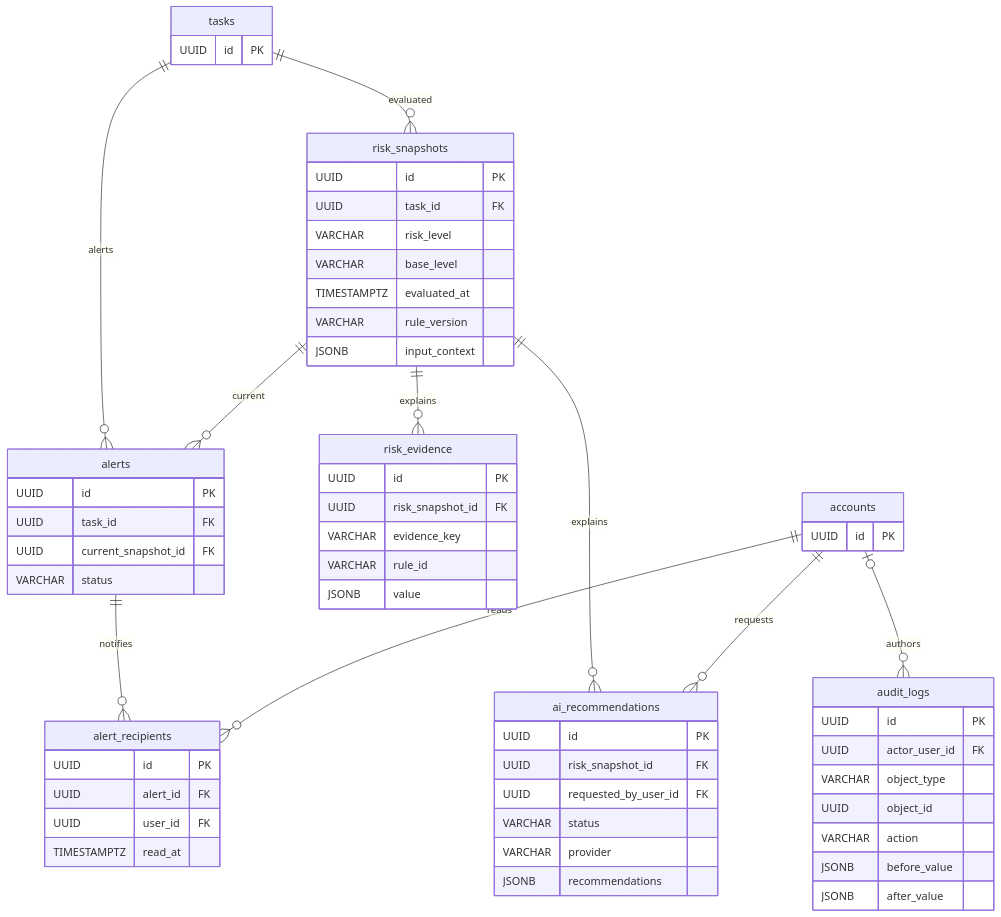
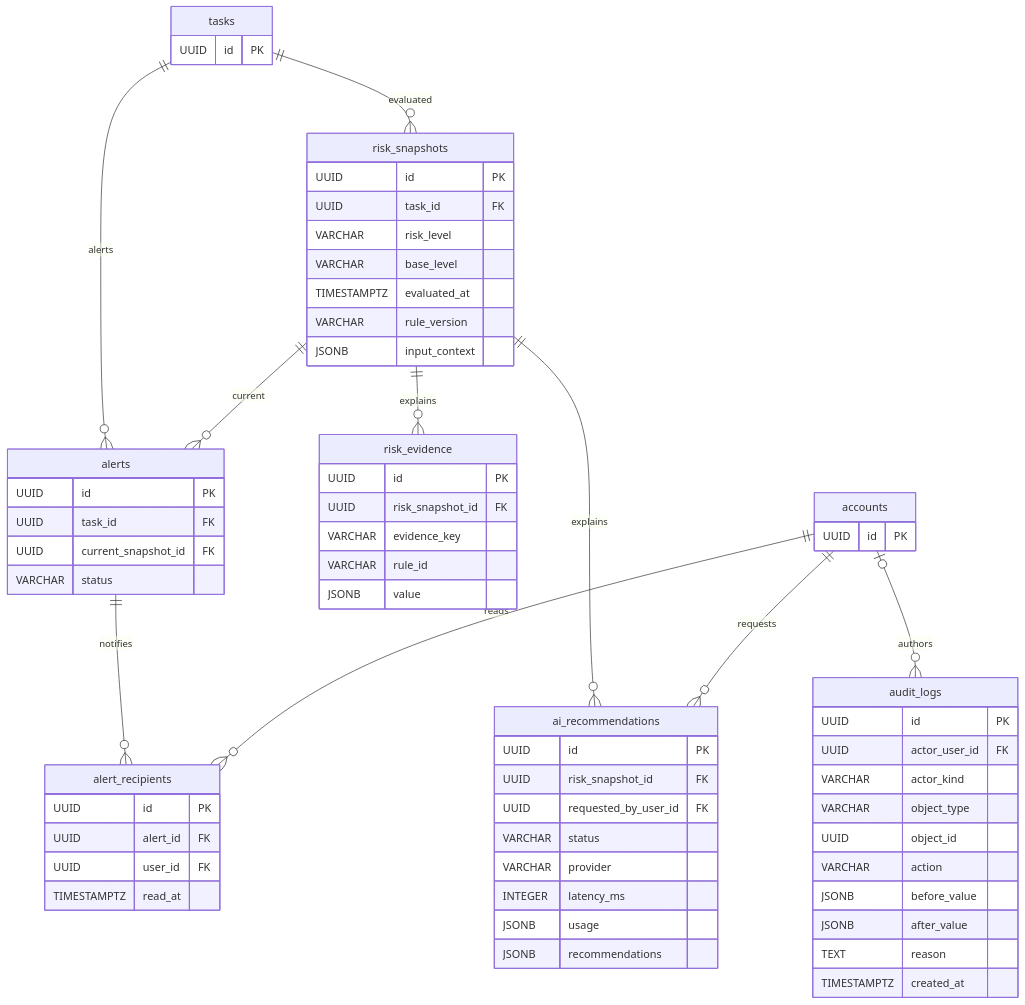
Before and after one commit to KhoiTran2905/CWRM-platform: the third of 3 diagrams in docs/architecture/CWRM-11_ERD.md, drawn with Mermaid. The commit also changed other lines of this file and 3 other files, not shown here.

````diff
--- a/docs/architecture/CWRM-11_ERD.md
+++ b/docs/architecture/CWRM-11_ERD.md
@@ -208,63 +208,68 @@
 ```mermaid
 erDiagram
     tasks {
         UUID id PK
     }
     accounts {
         UUID id PK
     }
     risk_snapshots {
         UUID id PK
         UUID task_id FK
         VARCHAR risk_level
         VARCHAR base_level
         TIMESTAMPTZ evaluated_at
         VARCHAR rule_version
         JSONB input_context
     }
     risk_evidence {
         UUID id PK
         UUID risk_snapshot_id FK
         VARCHAR evidence_key
         VARCHAR rule_id
         JSONB value
     }
     alerts {
         UUID id PK
         UUID task_id FK
         UUID current_snapshot_id FK
         VARCHAR status
     }
     alert_recipients {
         UUID id PK
         UUID alert_id FK
         UUID user_id FK
         TIMESTAMPTZ read_at
     }
     ai_recommendations {
         UUID id PK
         UUID risk_snapshot_id FK
         UUID requested_by_user_id FK
         VARCHAR status
         VARCHAR provider
+        INTEGER latency_ms
+        JSONB usage
         JSONB recommendations
     }
     audit_logs {
         UUID id PK
         UUID actor_user_id FK
+        VARCHAR actor_kind
         VARCHAR object_type
         UUID object_id
         VARCHAR action
         JSONB before_value
         JSONB after_value
+        TEXT reason
+        TIMESTAMPTZ created_at
     }
     tasks ||--o{ risk_snapshots : evaluated
     risk_snapshots ||--o{ risk_evidence : explains
     tasks ||--o{ alerts : alerts
     risk_snapshots ||--o{ alerts : current
     alerts ||--o{ alert_recipients : notifies
     accounts ||--o{ alert_recipients : reads
     risk_snapshots ||--o{ ai_recommendations : explains
     accounts ||--o{ ai_recommendations : requests
     accounts o|--o{ audit_logs : authors
 ```
````
